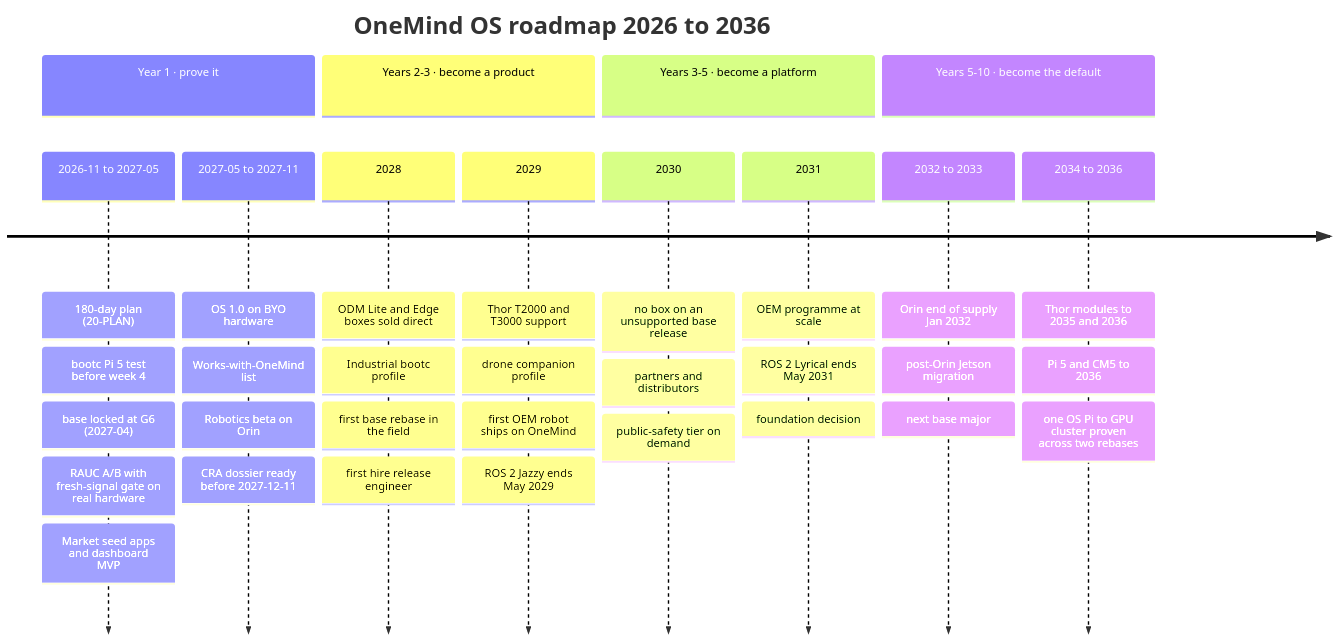
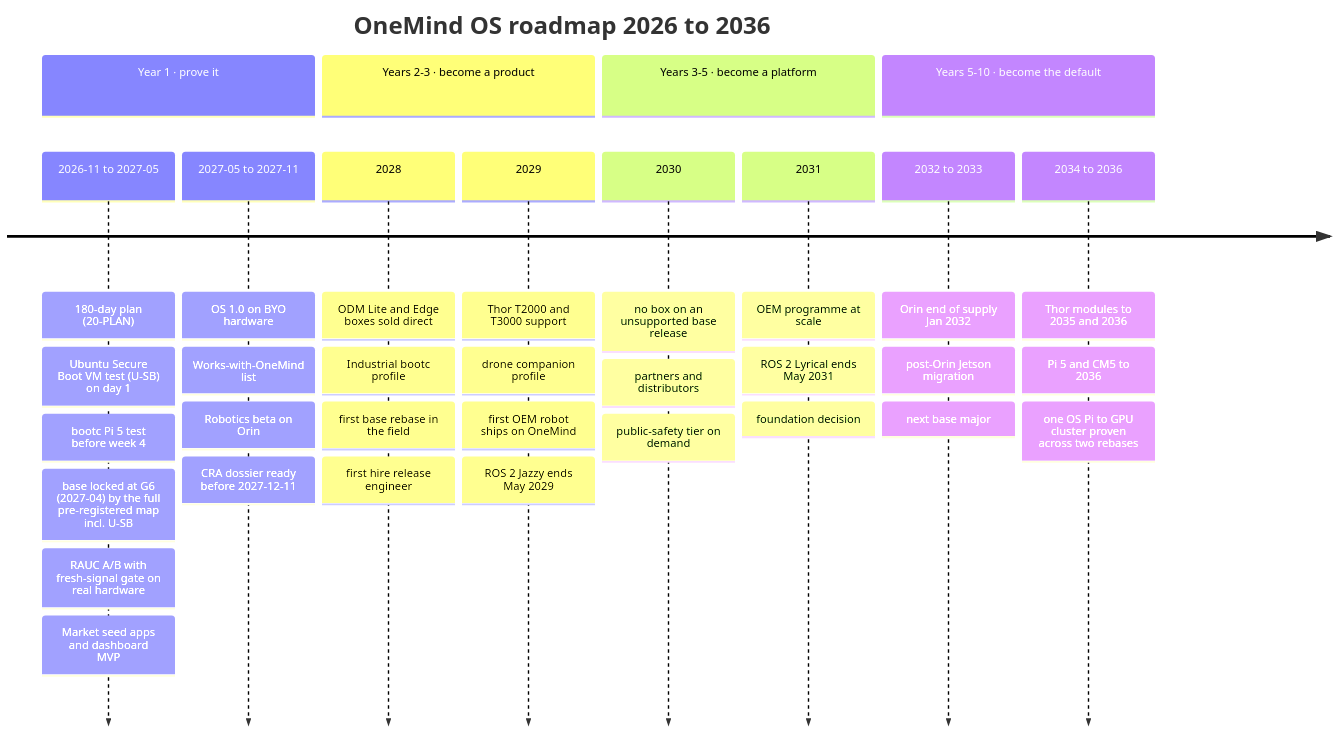
One commit to onemindos/ONEMINDOS changed the first of 2 diagrams in research-output/21-ROADMAP-5-10-YEARS.md. Above: the diagram before and after it, drawn with Mermaid. The commit also changed other lines of this file and 69 other files, not shown here.

````diff
--- a/research-output/21-ROADMAP-5-10-YEARS.md
+++ b/research-output/21-ROADMAP-5-10-YEARS.md
@@ -58,16 +58,16 @@
 ```mermaid
 timeline
     title OneMind OS roadmap 2026 to 2036
     section Year 1 · prove it
-        2026-11 to 2027-05 : 180-day plan (20-PLAN) : bootc Pi 5 test before week 4 : base locked at G6 (2027-04) : RAUC A/B with fresh-signal gate on real hardware : Market seed apps and dashboard MVP
+        2026-11 to 2027-05 : 180-day plan (20-PLAN) : Ubuntu Secure Boot VM test (U-SB) on day 1 : bootc Pi 5 test before week 4 : base locked at G6 (2027-04) by the full pre-registered map incl. U-SB : RAUC A/B with fresh-signal gate on real hardware : Market seed apps and dashboard MVP
         2027-05 to 2027-11 : OS 1.0 on BYO hardware : Works-with-OneMind list : Robotics beta on Orin : CRA dossier ready before 2027-12-11
     section Years 2-3 · become a product
         2028 : ODM Lite and Edge boxes sold direct : Industrial bootc profile : first base rebase in the field : first hire release engineer
         2029 : Thor T2000 and T3000 support : drone companion profile : first OEM robot ships on OneMind : ROS 2 Jazzy ends May 2029
     section Years 3-5 · become a platform
         2030 : no box on an unsupported base release : partners and distributors : public-safety tier on demand
         2031 : OEM programme at scale : ROS 2 Lyrical ends May 2031 : foundation decision
     section Years 5-10 · become the default
         2032 to 2033 : Orin end of supply Jan 2032 : post-Orin Jetson migration : next base major
         2034 to 2036 : Thor modules to 2035 and 2036 : Pi 5 and CM5 to 2036 : one OS Pi to GPU cluster proven across two rebases
 ```
````
